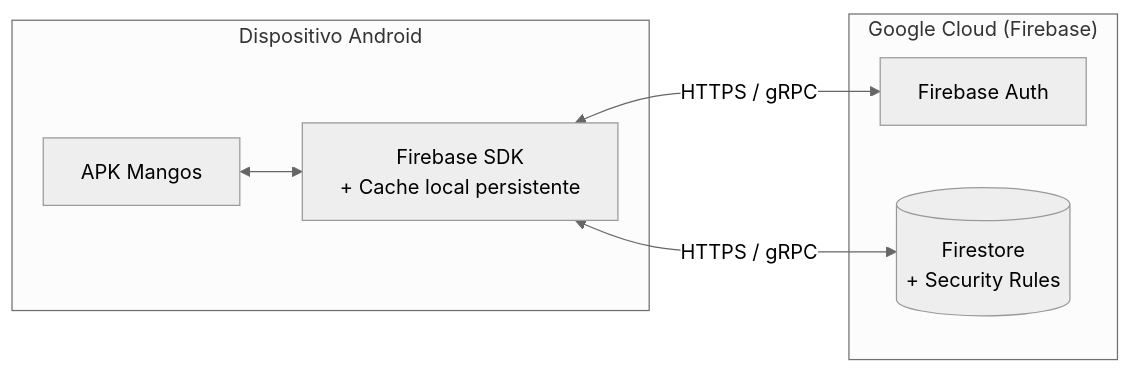
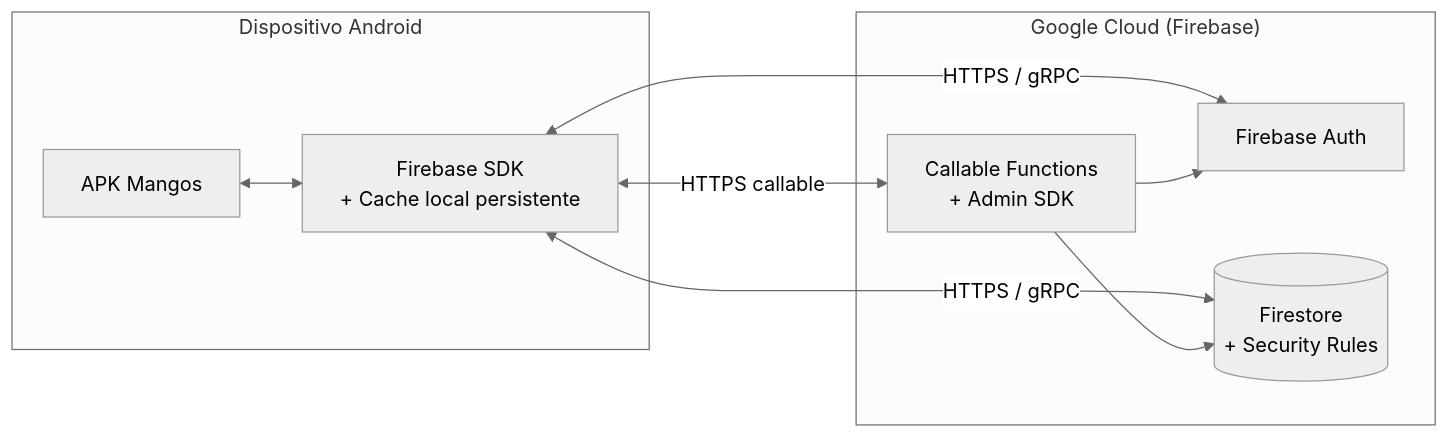
The third of 3 diagrams in docs/Programa1/entrega/03-arquitectura/content.md (MaxKeenti/ad-rubi-max), drawn with Mermaid (neutral theme) before and after one commit. The commit also changed other lines of this file and 23 other files, not shown here.

````diff
--- a/docs/Programa1/entrega/03-arquitectura/content.md
+++ b/docs/Programa1/entrega/03-arquitectura/content.md
@@ -264,14 +295,18 @@
 ```mermaid
 flowchart LR
   subgraph Cliente["Dispositivo Android"]
     APK[APK Mangos]
     SDK[Firebase SDK<br/>+ Cache local persistente]
   end
   subgraph GCP["Google Cloud (Firebase)"]
     Auth[Firebase Auth]
     Firestore[(Firestore<br/>+ Security Rules)]
+    Functions[Callable Functions<br/>+ Admin SDK]
   end
   APK <--> SDK
   SDK <-->|HTTPS / gRPC| Auth
   SDK <-->|HTTPS / gRPC| Firestore
+  SDK <-->|HTTPS callable| Functions
+  Functions --> Auth
+  Functions --> Firestore
 ```
````
